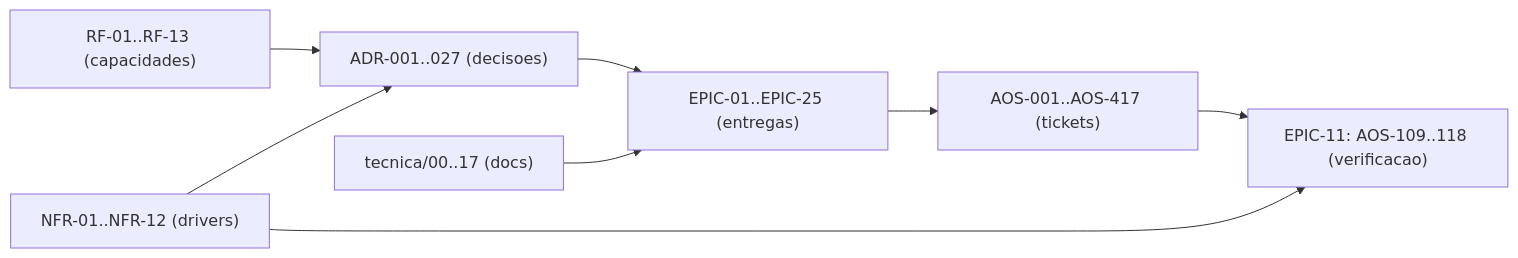
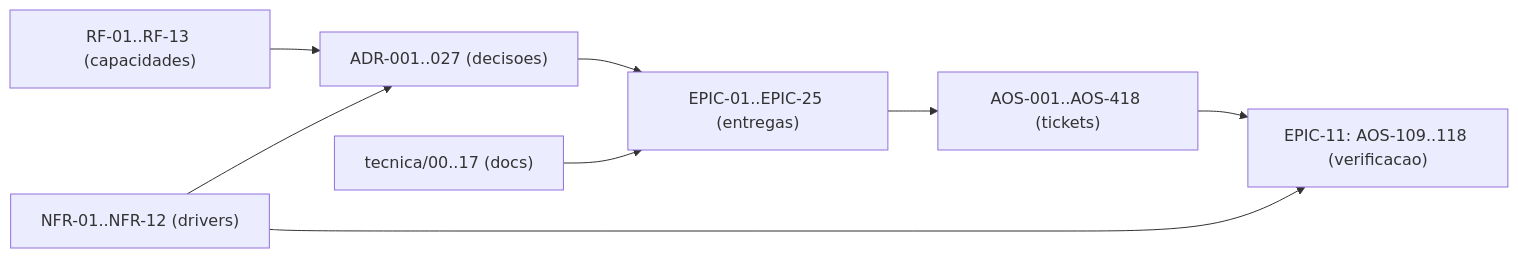
The diagram in tecnica/16_Rastreabilidade_RTM.md (albinoJimy/aos), drawn with Mermaid before and after one commit. The commit also changed other lines of this file and 5 other files, not shown here.

````diff
--- a/tecnica/16_Rastreabilidade_RTM.md
+++ b/tecnica/16_Rastreabilidade_RTM.md
@@ -186,10 +186,10 @@
 ```mermaid
 flowchart LR
     RF["RF-01..RF-13 (capacidades)"] --> ADR["ADR-001..027 (decisoes)"]
     NFR["NFR-01..NFR-12 (drivers)"] --> ADR
     ADR --> EPIC["EPIC-01..EPIC-25 (entregas)"]
-    EPIC --> TICK["AOS-001..AOS-417 (tickets)"]
+    EPIC --> TICK["AOS-001..AOS-418 (tickets)"]
     DOC["tecnica/00..17 (docs)"] --> EPIC
     TICK --> TEST["EPIC-11: AOS-109..118 (verificacao)"]
     NFR --> TEST
 ```
````
